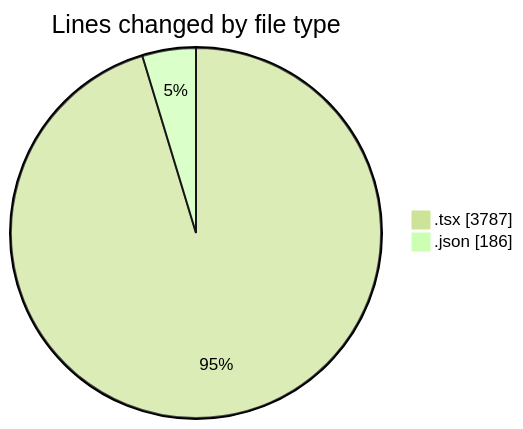
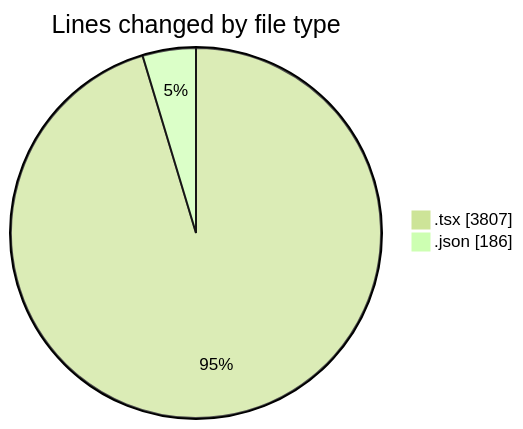
One commit to momahboobian/code-tracking changed the first of 2 diagrams in 2026-08-06/cda/README.md. Above: the diagram before and after it, drawn with Mermaid (forest theme). The commit also changed other lines of this file and 1 other file, not shown here.

````diff
--- a/2026-08-06/cda/README.md
+++ b/2026-08-06/cda/README.md
@@ -31,6 +31,6 @@
 ```mermaid
 pie showData
 title Lines changed by file type
-".tsx" : 3787
+".tsx" : 3807
 ".json" : 186
 ```
````
